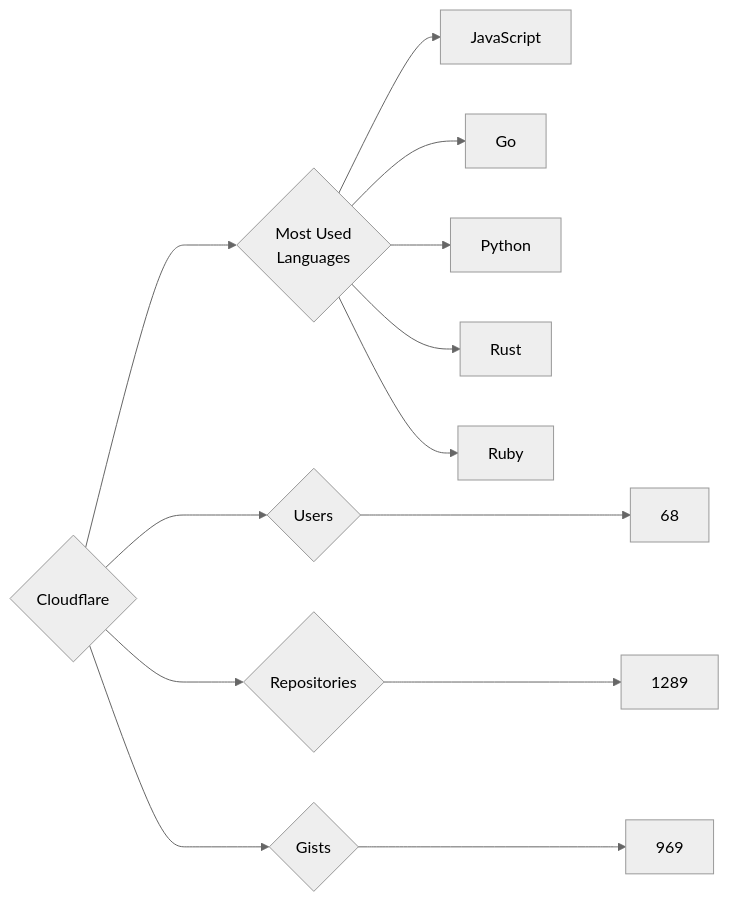
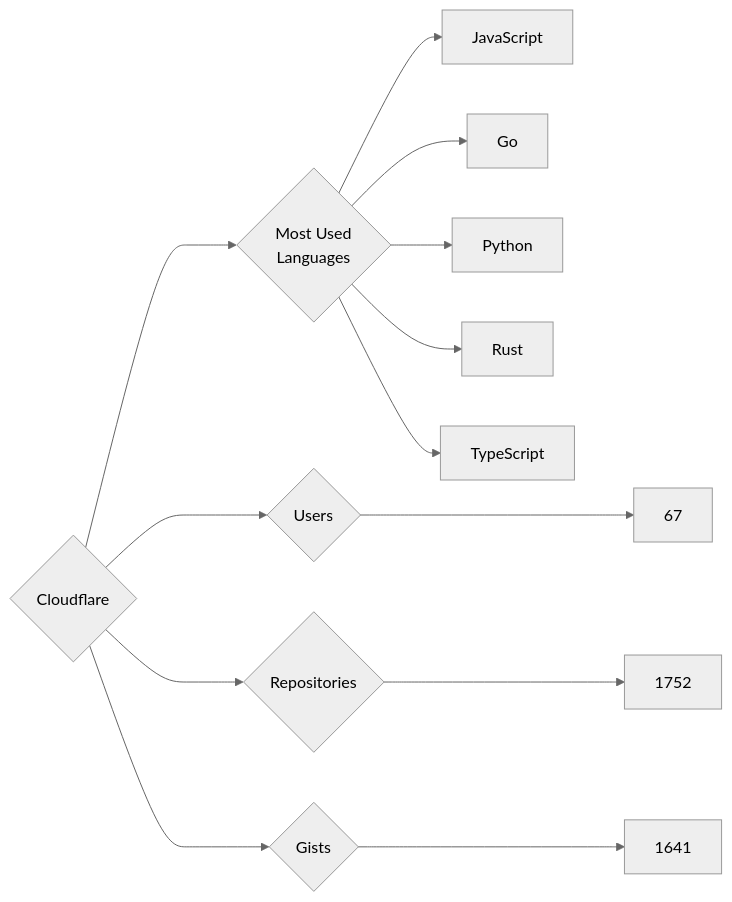
The diagram in targets/Cloudflare/README.md (trickest/insiders), drawn with Mermaid (neutral theme) before and after one commit. The commit also changed 715 other files, not shown here.

````diff
--- a/targets/Cloudflare/README.md
+++ b/targets/Cloudflare/README.md
@@ -3,13 +3,13 @@
 ```mermaid
 graph LR
 COMPANY_NAME{Cloudflare}
-COMPANY_NAME ---> U{Users} ---> UN[68]
-COMPANY_NAME ---> R{Repositories} ---> RN[1289]
-COMPANY_NAME ---> G{Gists} ---> GN[969]
+COMPANY_NAME ---> U{Users} ---> UN[67]
+COMPANY_NAME ---> R{Repositories} ---> RN[1752]
+COMPANY_NAME ---> G{Gists} ---> GN[1641]
 COMPANY_NAME ---> ML{Most Used<br>Languages}
 ML --> JavaScript[JavaScript]
 ML --> Go[Go]
 ML --> Python[Python]
 ML --> Rust[Rust]
-ML --> Ruby[Ruby]
+ML --> TypeScript[TypeScript]
 ```
````
